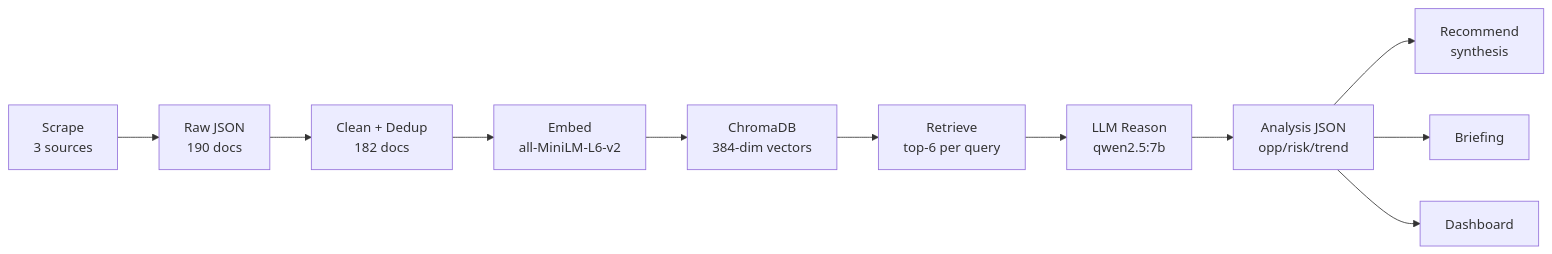
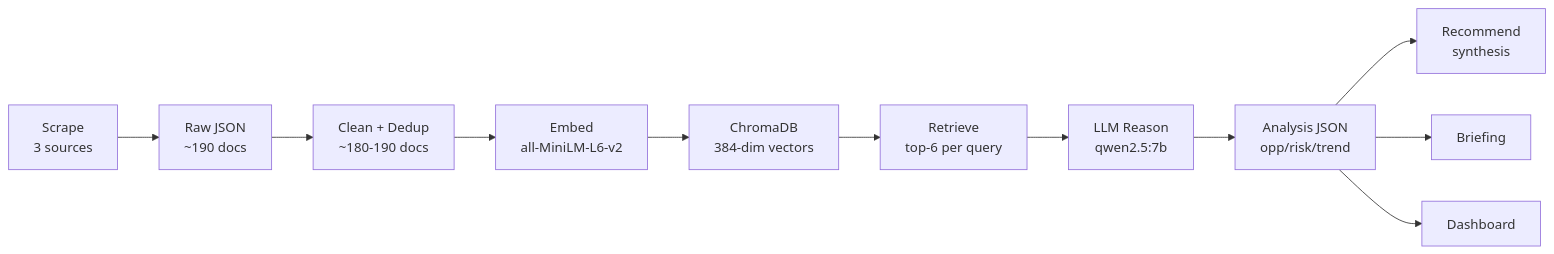
Before and after one commit to Prajwal-BasavarajS/Strategic-Intelligence-Agent-NLP: the second of 2 diagrams in README.md, drawn with Mermaid. The commit also changed other lines of this file and 15 other files, not shown here.

Commit message:
agent flow update

````diff
--- a/README.md
+++ b/README.md
@@ -61,13 +61,13 @@
 ```mermaid
 flowchart LR
-    A[Scrape<br/>3 sources] --> B[Raw JSON<br/>190 docs]
-    B --> C[Clean + Dedup<br/>182 docs]
+    A[Scrape<br/>3 sources] --> B[Raw JSON<br/>~190 docs]
+    B --> C[Clean + Dedup<br/>~180-190 docs]
     C --> D[Embed<br/>all-MiniLM-L6-v2]
     D --> E[ChromaDB<br/>384-dim vectors]
     E --> F[Retrieve<br/>top-6 per query]
     F --> G[LLM Reason<br/>qwen2.5:7b]
     G --> H[Analysis JSON<br/>opp/risk/trend]
     H --> I[Recommend<br/>synthesis]
     H --> J[Briefing]
     H --> K[Dashboard]
 ```
````
